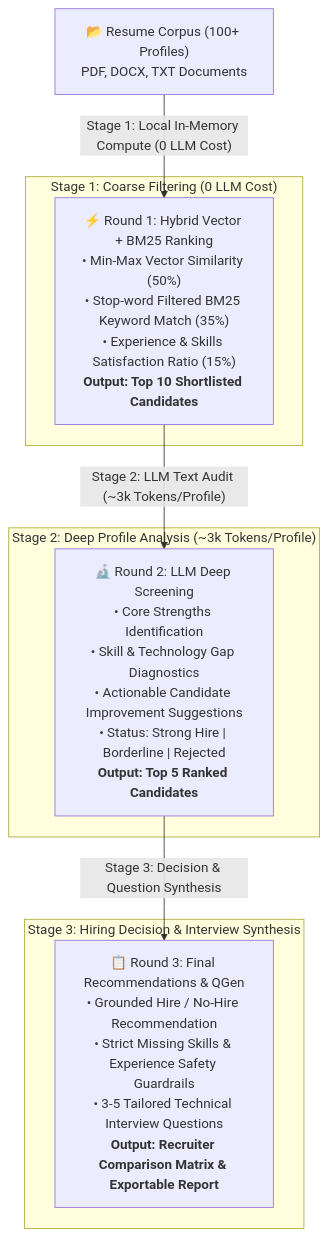
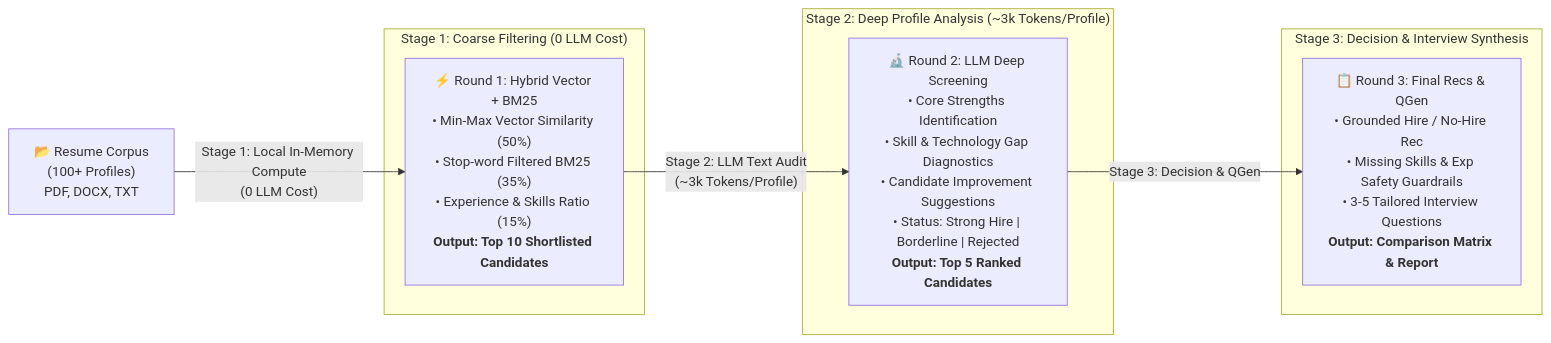
One commit to shashankch/agentic-profile-matching-engine changed the second of 2 diagrams in README.md. Above: the diagram before and after it, drawn with Mermaid. The commit also changed other lines of this file and 32 other files, not shown here.

````diff
--- a/README.md
+++ b/README.md
@@ -73,20 +81,20 @@
 ```mermaid
-graph TD
-    Raw["📂 Resume Corpus (100+ Profiles)<br/>PDF, DOCX, TXT Documents"] -->|"Stage 1: Local In-Memory Compute (0 LLM Cost)"| Round1
+graph LR
+    Raw["📂 Resume Corpus<br/>(100+ Profiles)<br/>PDF, DOCX, TXT"] -->|"Stage 1: Local In-Memory Compute<br/>(0 LLM Cost)"| Round1
     
     subgraph S1 ["Stage 1: Coarse Filtering (0 LLM Cost)"]
-        Round1["⚡ Round 1: Hybrid Vector + BM25 Ranking<br/>• Min-Max Vector Similarity (50%)<br/>• Stop-word Filtered BM25 Keyword Match (35%)<br/>• Experience & Skills Satisfaction Ratio (15%)<br/><b>Output: Top 10 Shortlisted Candidates</b>"]
+        Round1["⚡ Round 1: Hybrid Vector + BM25<br/>• Min-Max Vector Similarity (50%)<br/>• Stop-word Filtered BM25 (35%)<br/>• Experience & Skills Ratio (15%)<br/><b>Output: Top 10 Shortlisted Candidates</b>"]
     end
 
-    Round1 -->|"Stage 2: LLM Text Audit (~3k Tokens/Profile)"| Round2
+    Round1 -->|"Stage 2: LLM Text Audit<br/>(~3k Tokens/Profile)"| Round2
 
     subgraph S2 ["Stage 2: Deep Profile Analysis (~3k Tokens/Profile)"]
-        Round2["🔬 Round 2: LLM Deep Screening<br/>• Core Strengths Identification<br/>• Skill & Technology Gap Diagnostics<br/>• Actionable Candidate Improvement Suggestions<br/>• Status: Strong Hire | Borderline | Rejected<br/><b>Output: Top 5 Ranked Candidates</b>"]
+        Round2["🔬 Round 2: LLM Deep Screening<br/>• Core Strengths Identification<br/>• Skill & Technology Gap Diagnostics<br/>• Candidate Improvement Suggestions<br/>• Status: Strong Hire | Borderline | Rejected<br/><b>Output: Top 5 Ranked Candidates</b>"]
     end
 
-    Round2 -->|"Stage 3: Decision & Question Synthesis"| Round3
+    Round2 -->|"Stage 3: Decision & QGen"| Round3
 
-    subgraph S3 ["Stage 3: Hiring Decision & Interview Synthesis"]
-        Round3["📋 Round 3: Final Recommendations & QGen<br/>• Grounded Hire / No-Hire Recommendation<br/>• Strict Missing Skills & Experience Safety Guardrails<br/>• 3-5 Tailored Technical Interview Questions<br/><b>Output: Recruiter Comparison Matrix & Exportable Report</b>"]
+    subgraph S3 ["Stage 3: Decision & Interview Synthesis"]
+        Round3["📋 Round 3: Final Recs & QGen<br/>• Grounded Hire / No-Hire Rec<br/>• Missing Skills & Exp Safety Guardrails<br/>• 3-5 Tailored Interview Questions<br/><b>Output: Comparison Matrix & Report</b>"]
     end
 ```
````
